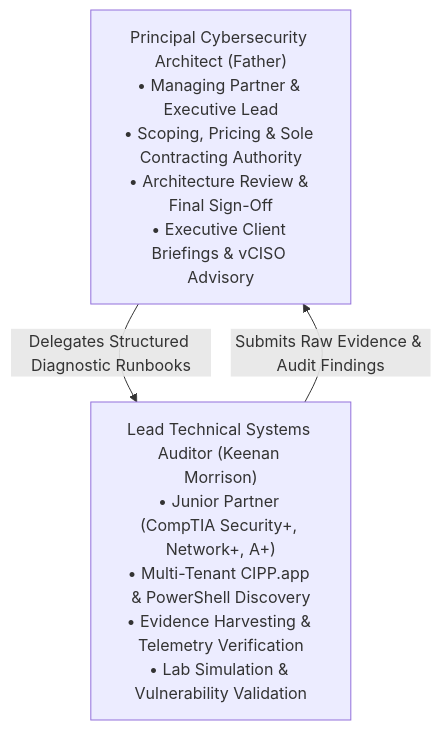
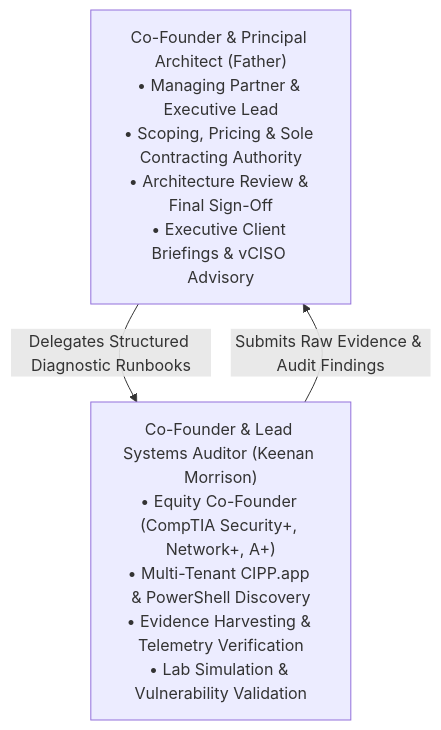
One commit to KeenanSec/MorrisonCyberDefense changed the second of 5 diagrams in business-plan/purdue_family_cybersecurity_business_plan.md. Above: the diagram before and after it, drawn with Mermaid. The commit also changed other lines of this file and 5 other files, not shown here.

Commit message:
feat: officially establish Keenan Morrison as Co-Founder & Lead Technical Systems Auditor across all firm assets

````diff
--- a/business-plan/purdue_family_cybersecurity_business_plan.md
+++ b/business-plan/purdue_family_cybersecurity_business_plan.md
@@ -132,8 +132,8 @@
 ```mermaid
 flowchart TD
-    Dad["Principal Cybersecurity Architect (Father)\n• Managing Partner & Executive Lead\n• Scoping, Pricing & Sole Contracting Authority\n• Architecture Review & Final Sign-Off\n• Executive Client Briefings & vCISO Advisory"]
-    Keenan["Lead Technical Systems Auditor (Keenan Morrison)\n• Junior Partner (CompTIA Security+, Network+, A+)\n• Multi-Tenant CIPP.app & PowerShell Discovery\n• Evidence Harvesting & Telemetry Verification\n• Lab Simulation & Vulnerability Validation"]
+    Dad["Co-Founder & Principal Architect (Father)\n• Managing Partner & Executive Lead\n• Scoping, Pricing & Sole Contracting Authority\n• Architecture Review & Final Sign-Off\n• Executive Client Briefings & vCISO Advisory"]
+    Keenan["Co-Founder & Lead Systems Auditor (Keenan Morrison)\n• Equity Co-Founder (CompTIA Security+, Network+, A+)\n• Multi-Tenant CIPP.app & PowerShell Discovery\n• Evidence Harvesting & Telemetry Verification\n• Lab Simulation & Vulnerability Validation"]
 
     Dad -->|Delegates Structured Diagnostic Runbooks| Keenan
     Keenan -->|Submits Raw Evidence & Audit Findings| Dad
 ```
````
